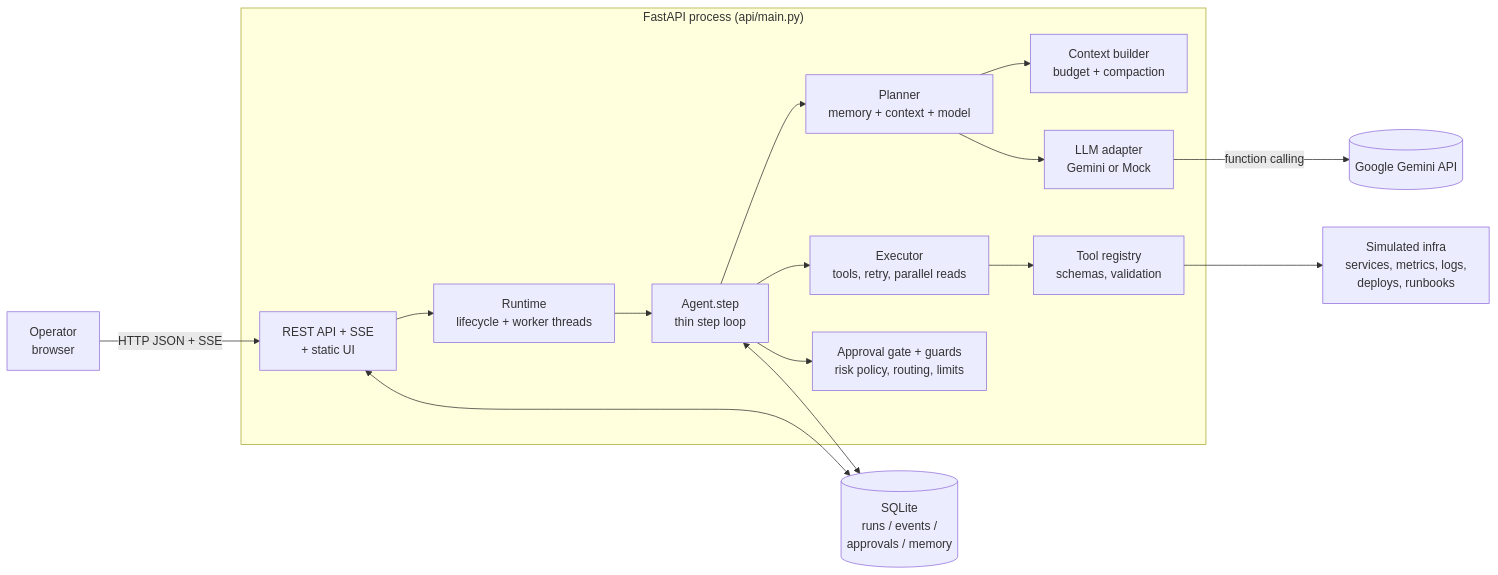
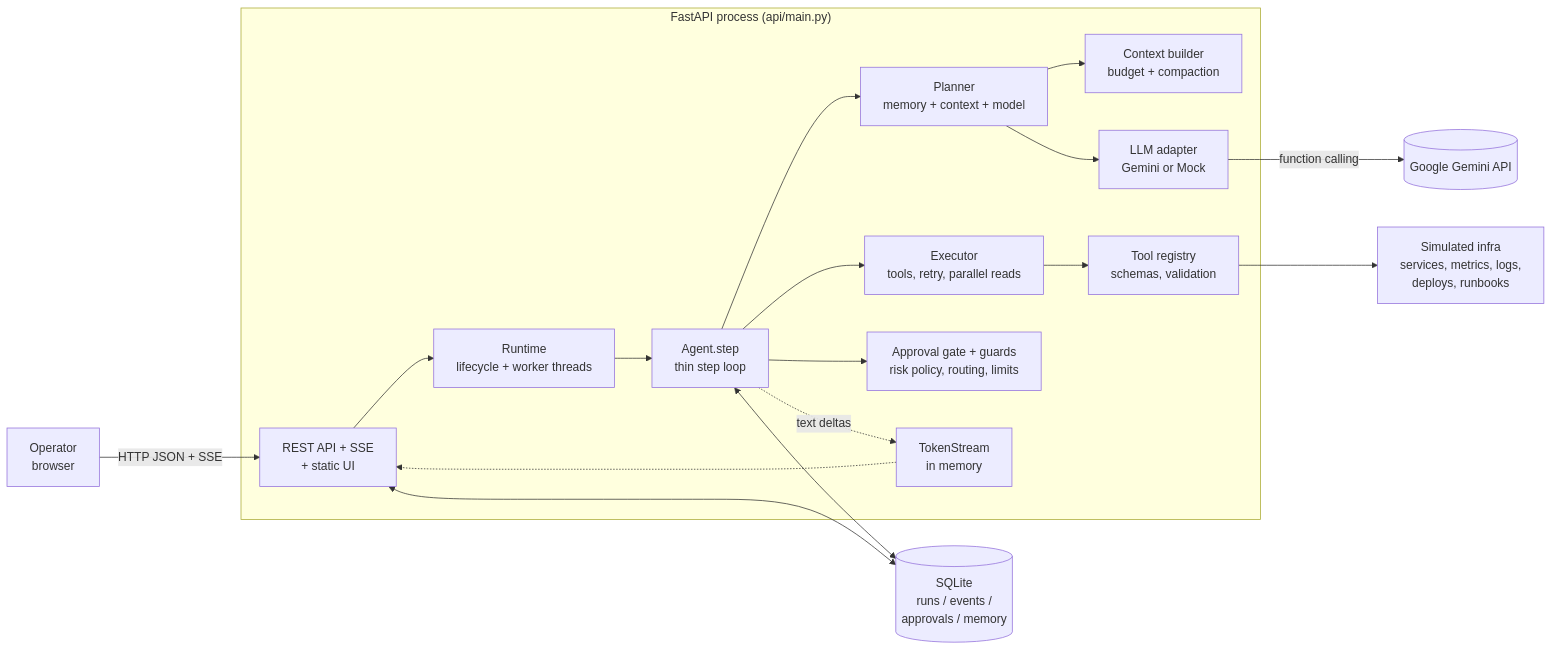
The first of 2 diagrams in docs/HLD.md (Zulfiqar7862/incident-triage-agent-gemini), drawn with Mermaid before and after one commit. The commit also changed other lines of this file and 3 other files, not shown here.

````diff
--- a/docs/HLD.md
+++ b/docs/HLD.md
@@ -30,24 +33,26 @@
 ```mermaid
 flowchart LR
     OP[Operator<br/>browser] -- "HTTP JSON + SSE" --> API
     subgraph Server["FastAPI process (api/main.py)"]
         API[REST API + SSE<br/>+ static UI]
         RT[Runtime<br/>lifecycle + worker threads]
         AG[Agent.step<br/>thin step loop]
         PL[Planner<br/>memory + context + model]
         EX[Executor<br/>tools, retry, parallel reads]
         GT[Approval gate + guards<br/>risk policy, routing, limits]
         CTX[Context builder<br/>budget + compaction]
         TR[Tool registry<br/>schemas, validation]
         LLM[LLM adapter<br/>Gemini or Mock]
         API --> RT --> AG
         AG --> PL --> CTX
         PL --> LLM
         AG --> EX --> TR
         AG --> GT
+        AG -. text deltas .-> TS[TokenStream<br/>in memory]
+        TS -.-> API
     end
     LLM -- "function calling" --> GEM[(Google Gemini API)]
     TR --> SIM[Simulated infra<br/>services, metrics, logs,<br/>deploys, runbooks]
     AG <--> DB[(SQLite<br/>runs / events /<br/>approvals / memory)]
     API <--> DB
 ```
````
